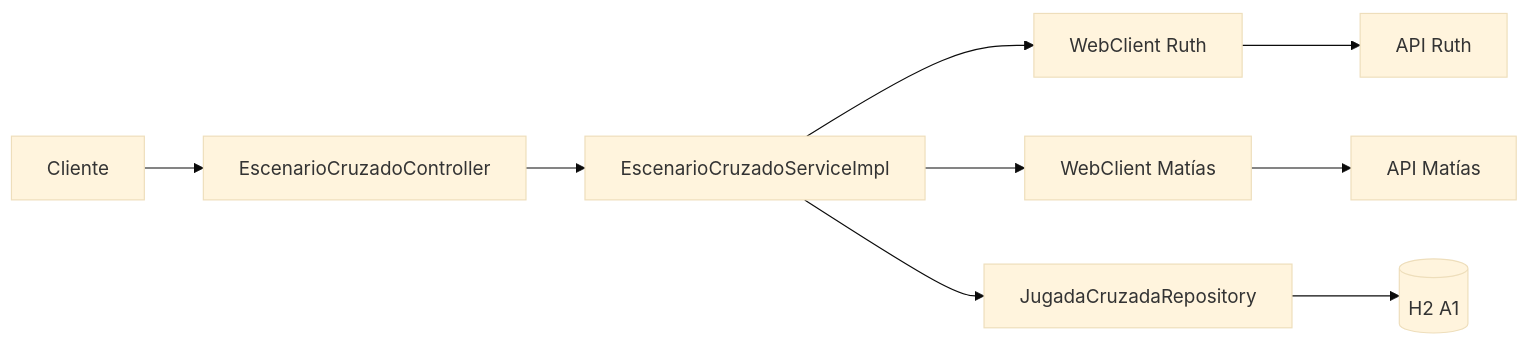
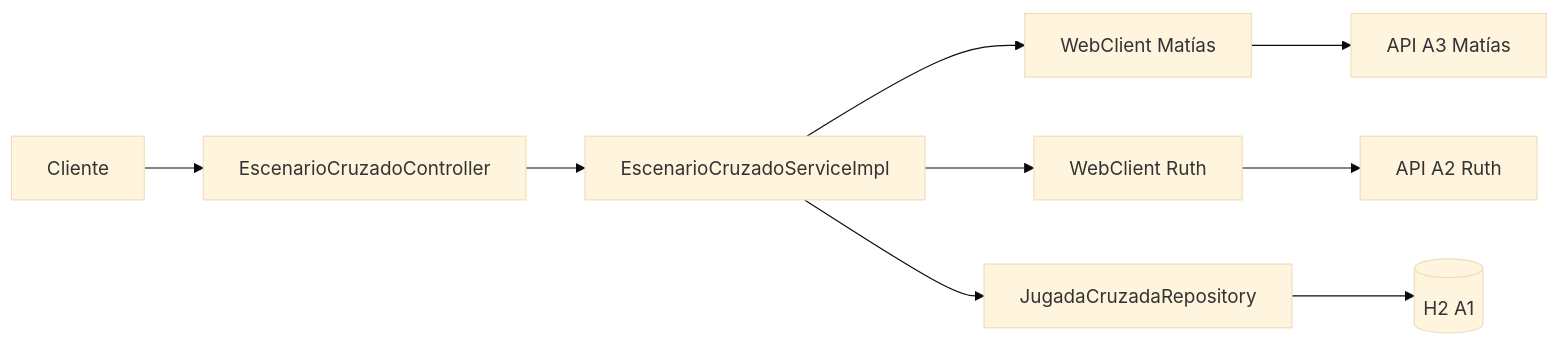
One commit to SGDFM/sgomezdelafuente-talle-git-2026 changed the first of 2 diagrams in CLASSROOM_ENTREGA.md. Above: the diagram before and after it, drawn with Mermaid (base theme). The commit also changed other lines of this file and 17 other files, not shown here.

````diff
--- a/CLASSROOM_ENTREGA.md
+++ b/CLASSROOM_ENTREGA.md
@@ -136,11 +138,11 @@
 ```mermaid
 flowchart LR
     Cliente --> Controller[EscenarioCruzadoController]
     Controller --> Service[EscenarioCruzadoServiceImpl]
+    Service --> MatiasClient[WebClient Matías]
     Service --> RuthClient[WebClient Ruth]
-    Service --> MatiasClient[WebClient Matías]
-    RuthClient --> A2[API Ruth]
-    MatiasClient --> A3[API Matías]
+    RuthClient --> A2[API A2 Ruth]
+    MatiasClient --> A3[API A3 Matías]
     Service --> Repository[JugadaCruzadaRepository]
     Repository --> H2[(H2 A1)]
 ```
````
